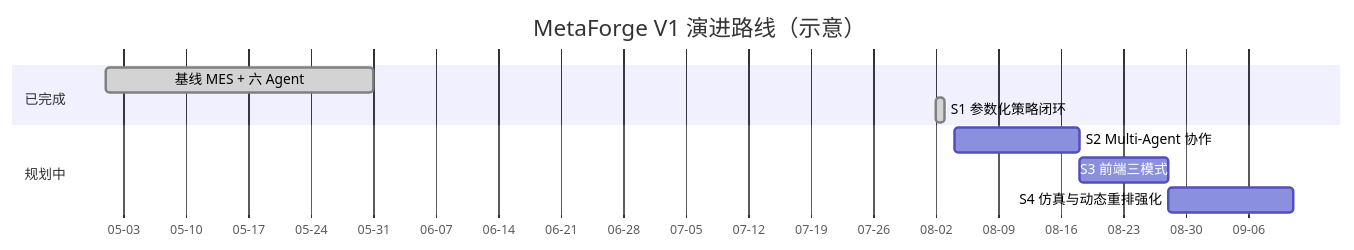
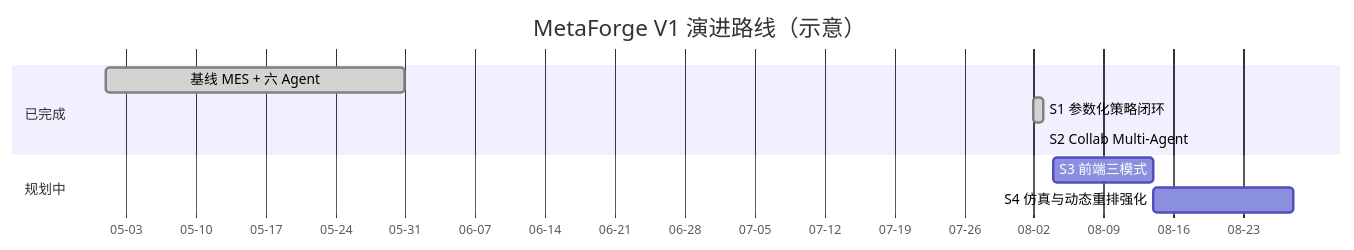
One commit to earlymessi/metaforge_agent changed the second of 6 diagrams in README.md. Above: the diagram before and after it, drawn with Mermaid. The commit also changed other lines of this file and 1 other file, not shown here.

Commit message:
docs: mark S2 collab done and record agent migration backlog

````diff
--- a/README.md
+++ b/README.md
@@ -58,13 +58,13 @@
 ```mermaid
 gantt
     title MetaForge V1 演进路线（示意）
     dateFormat  YYYY-MM-DD
     axisFormat  %m-%d
     section 已完成
     基线 MES + 六 Agent           :done, 2026-05-01, 2026-05-31
     S1 参数化策略闭环             :done, 2026-08-02, 2026-08-03
+    S2 Collab Multi-Agent         :done, 2026-08-03, 2026-08-03
     section 规划中
-    S2 Multi-Agent 协作           :2026-08-04, 14d
-    S3 前端三模式                 :2026-08-18, 10d
-    S4 仿真与动态重排强化         :2026-08-28, 14d
+    S3 前端三模式                 :2026-08-04, 10d
+    S4 仿真与动态重排强化         :2026-08-14, 14d
 ```
````
